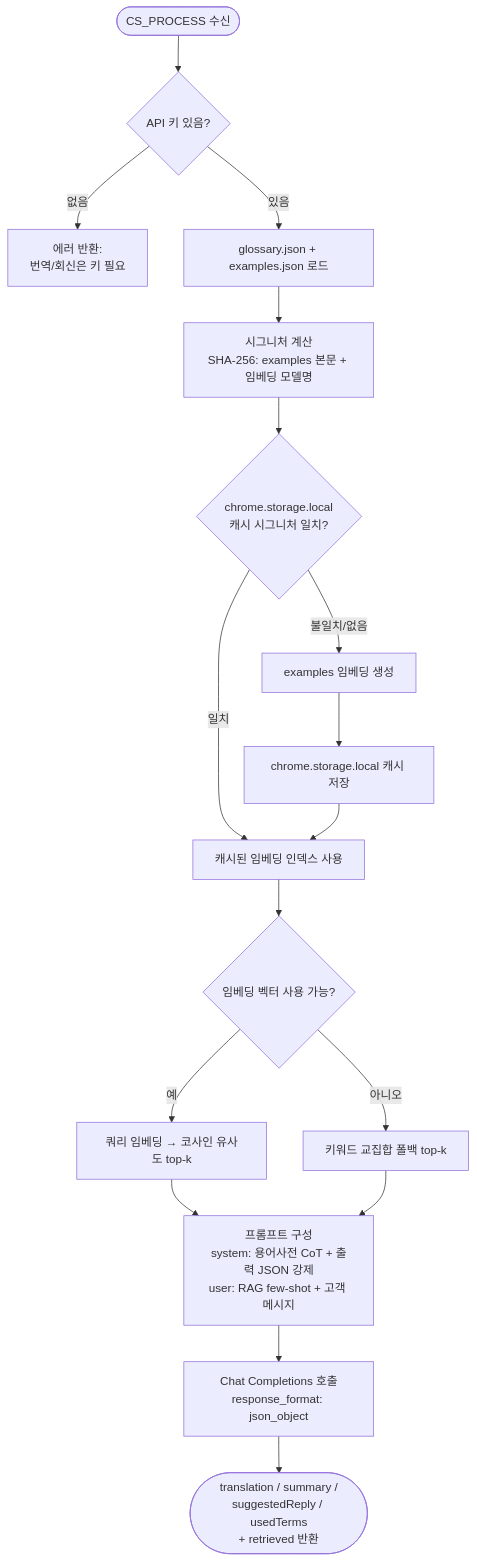
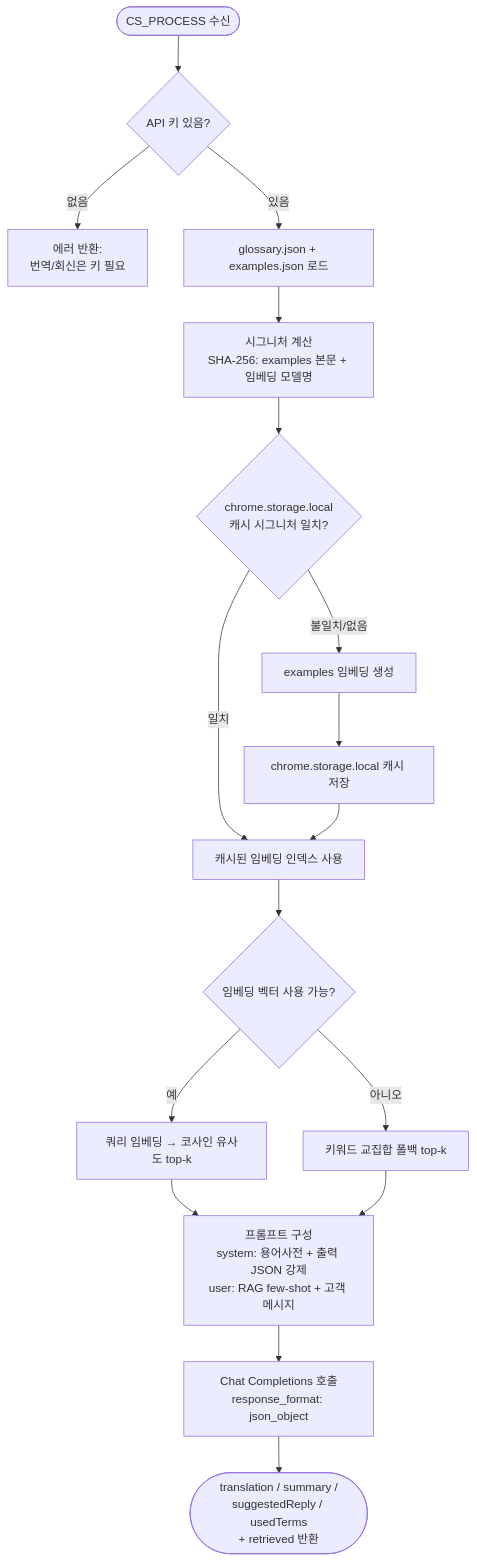
One commit to DevMinGeonPark/cs-translation-gpt changed the second of 3 diagrams in README.md. Above: the diagram before and after it, drawn with Mermaid. The commit also changed other lines of this file and 1 other file, not shown here.

````diff
--- a/README.md
+++ b/README.md
@@ -56,24 +58,24 @@
 ```mermaid
 flowchart TD
     Start([CS_PROCESS 수신]) --> Key{API 키 있음?}
     Key -- 없음 --> Err[에러 반환:<br/>번역/회신은 키 필요]
     Key -- 있음 --> Load[glossary.json + examples.json 로드]
 
     Load --> Sig[시그니처 계산<br/>SHA-256: examples 본문 + 임베딩 모델명]
     Sig --> Cache{chrome.storage.local<br/>캐시 시그니처 일치?}
     Cache -- 일치 --> Idx[캐시된 임베딩 인덱스 사용]
     Cache -- 불일치/없음 --> Build[examples 임베딩 생성]
     Build --> Save[chrome.storage.local 캐시 저장]
     Save --> Idx
 
     Idx --> Vec{임베딩 벡터 사용 가능?}
     Vec -- 예 --> Cos[쿼리 임베딩 → 코사인 유사도 top-k]
     Vec -- 아니오 --> KW[키워드 교집합 폴백 top-k]
 
     Cos --> Prompt
     KW --> Prompt
 
-    Prompt[프롬프트 구성<br/>system: 용어사전 CoT + 출력 JSON 강제<br/>user: RAG few-shot + 고객 메시지]
+    Prompt[프롬프트 구성<br/>system: 용어사전 + 출력 JSON 강제<br/>user: RAG few-shot + 고객 메시지]
     Prompt --> Chat[Chat Completions 호출<br/>response_format: json_object]
     Chat --> Out([translation / summary /<br/>suggestedReply / usedTerms<br/>+ retrieved 반환])
 ```
````
